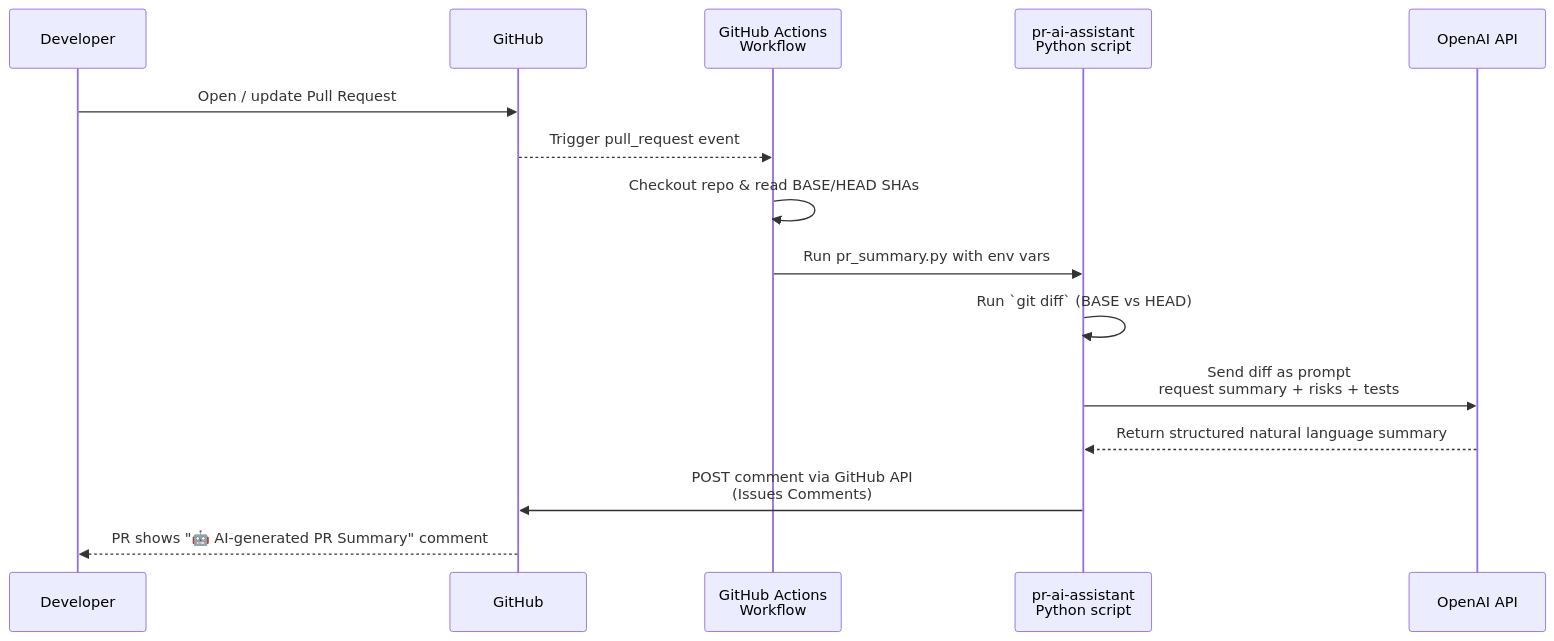
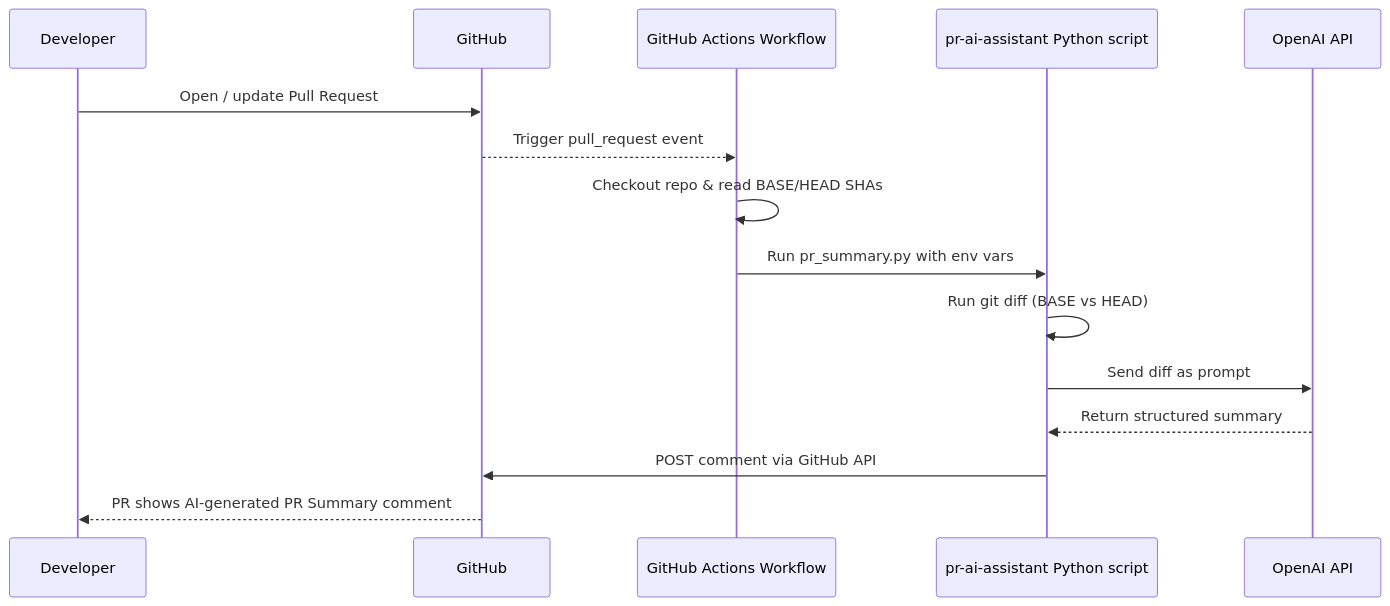
Before and after one commit to ogilvieg/pr-ai-assistant: the second of 2 diagrams in README.md, drawn with Mermaid. The commit also changed other lines of this file, not shown here.

Commit message:
updated readme with fixes

````diff
--- a/README.md
+++ b/README.md
@@ -30,20 +30,20 @@
 ```mermaid
 sequenceDiagram
     participant Dev as Developer
     participant GH as GitHub
-    participant GA as GitHub Actions<br/>Workflow
-    participant Bot as pr-ai-assistant<br/>Python script
+    participant GA as GitHub Actions Workflow
+    participant Bot as pr-ai-assistant Python script
     participant OAI as OpenAI API
 
     Dev->>GH: Open / update Pull Request
     GH-->>GA: Trigger pull_request event
     GA->>GA: Checkout repo & read BASE/HEAD SHAs
     GA->>Bot: Run pr_summary.py with env vars
 
-    Bot->>Bot: Run `git diff` (BASE vs HEAD)
-    Bot->>OAI: Send diff as prompt<br/>request summary + risks + tests
-    OAI-->>Bot: Return structured natural language summary
+    Bot->>Bot: Run git diff (BASE vs HEAD)
+    Bot->>OAI: Send diff as prompt
+    OAI-->>Bot: Return structured summary
 
-    Bot->>GH: POST comment via GitHub API<br/>(Issues Comments)
-    GH-->>Dev: PR shows "🤖 AI-generated PR Summary" comment
+    Bot->>GH: POST comment via GitHub API
+    GH-->>Dev: PR shows AI-generated PR Summary comment
 ```
````
